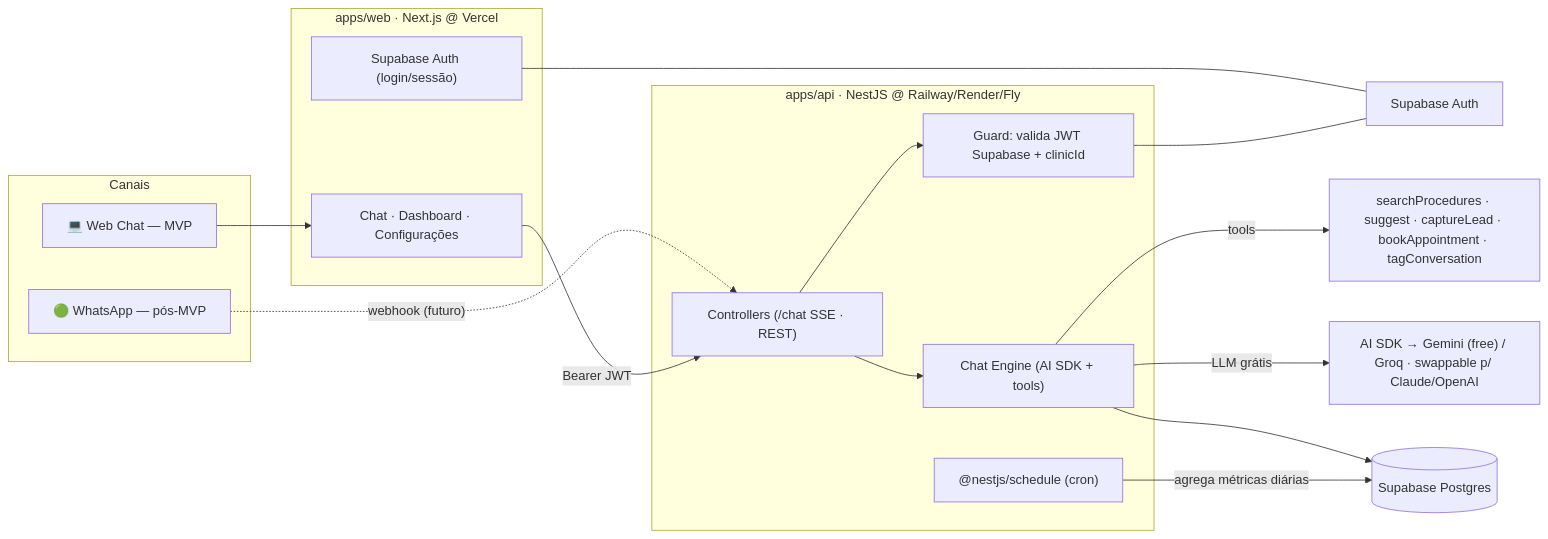
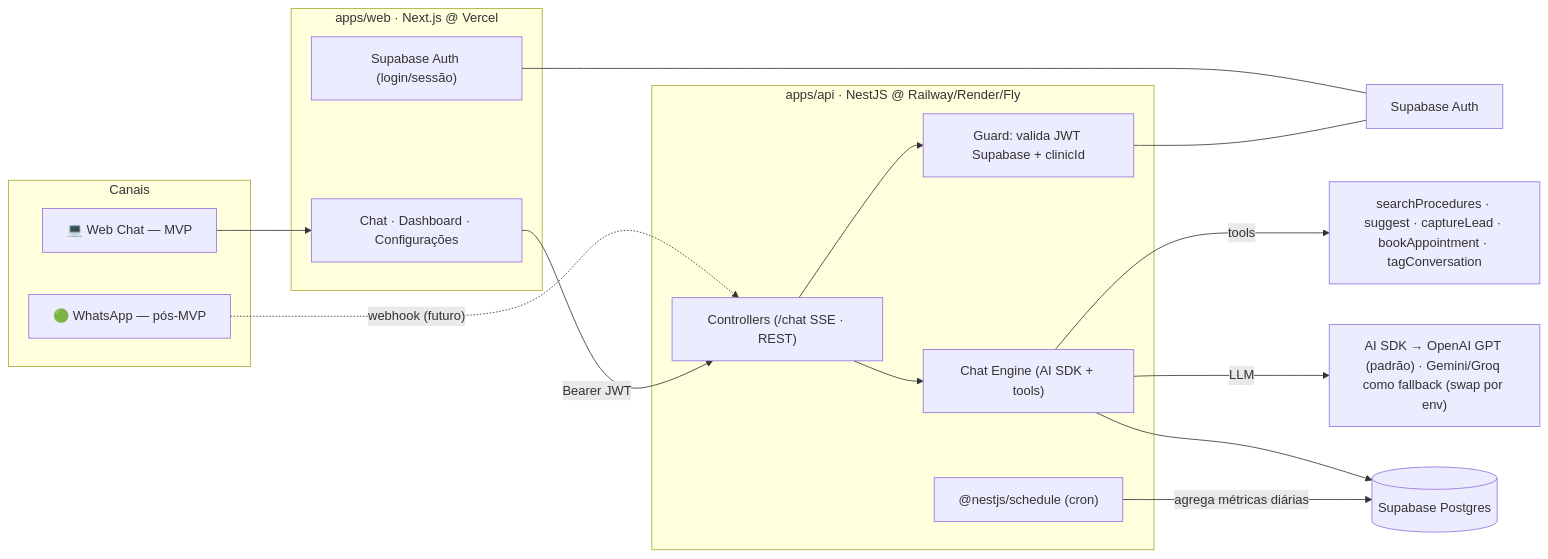
The first of 2 diagrams in docs/context.md (diogo19025/dentaltrack), drawn with Mermaid before and after one commit. The commit also changed other lines of this file and 10 other files, not shown here.

Commit message:
feat(ai): OpenAI GPT (API paga) como provider primário —   getModel/STT 'openai' (gpt-4o-mini · whisper-1), Gemini/Groq   como fallback via LLM_PROVIDER

````diff
--- a/docs/context.md
+++ b/docs/context.md
@@ -140,31 +140,31 @@
 ```mermaid
 flowchart LR
   subgraph Canais
     Web["💻 Web Chat — MVP"]
     WA["🟢 WhatsApp — pós-MVP"]
   end
 
   subgraph FE["apps/web · Next.js @ Vercel"]
     UI["Chat · Dashboard · Configurações"]
     AuthFE["Supabase Auth (login/sessão)"]
   end
 
   subgraph BE["apps/api · NestJS @ Railway/Render/Fly"]
     Ctrl["Controllers (/chat SSE · REST)"]
     Guard["Guard: valida JWT Supabase + clinicId"]
     Engine["Chat Engine (AI SDK + tools)"]
     Jobs["@nestjs/schedule (cron)"]
   end
 
   Web --> UI
   WA -. webhook (futuro) .-> Ctrl
   UI -->|Bearer JWT| Ctrl
   Ctrl --> Guard
   Ctrl --> Engine
   Engine -->|tools| Tools["searchProcedures · suggest · captureLead · bookAppointment · tagConversation"]
-  Engine -->|LLM grátis| LLM["AI SDK → Gemini (free) / Groq · swappable p/ Claude/OpenAI"]
+  Engine -->|LLM| LLM["AI SDK → OpenAI GPT (padrão) · Gemini/Groq como fallback (swap por env)"]
   Engine --> DB[("Supabase Postgres")]
   Jobs -->|agrega métricas diárias| DB
   AuthFE --- Supa["Supabase Auth"]
   Guard --- Supa
 ```
````
